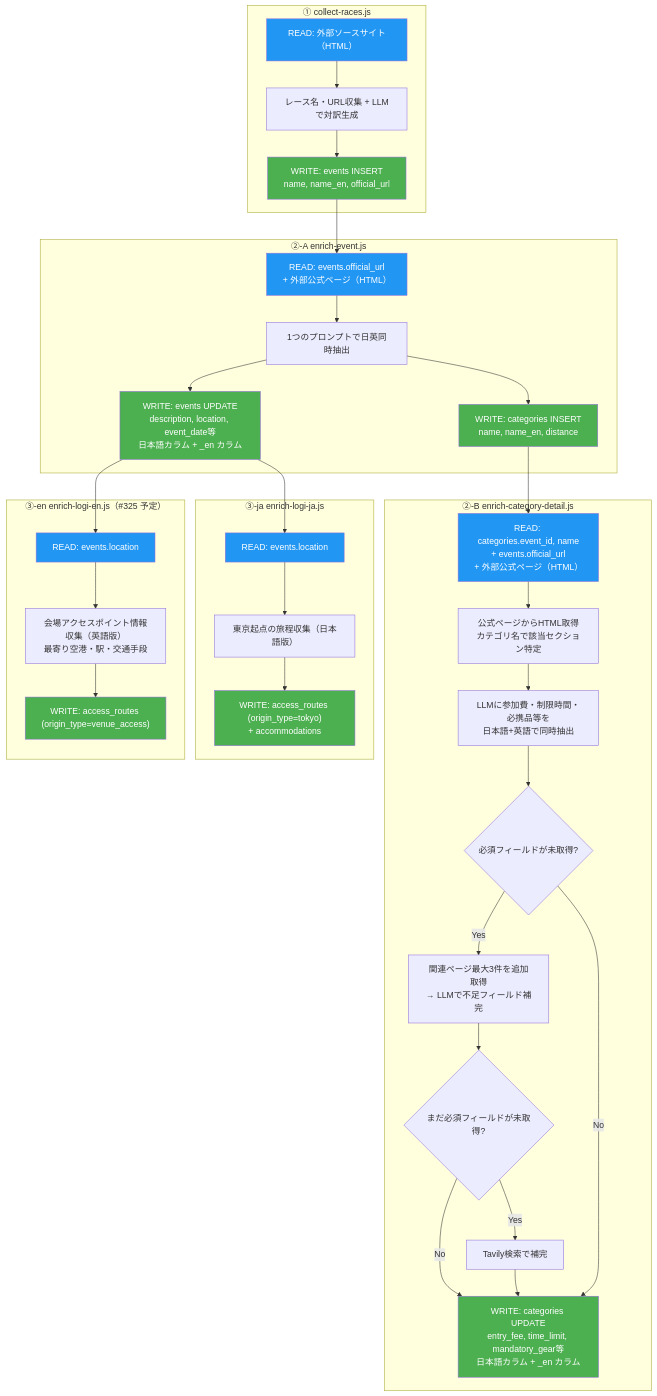
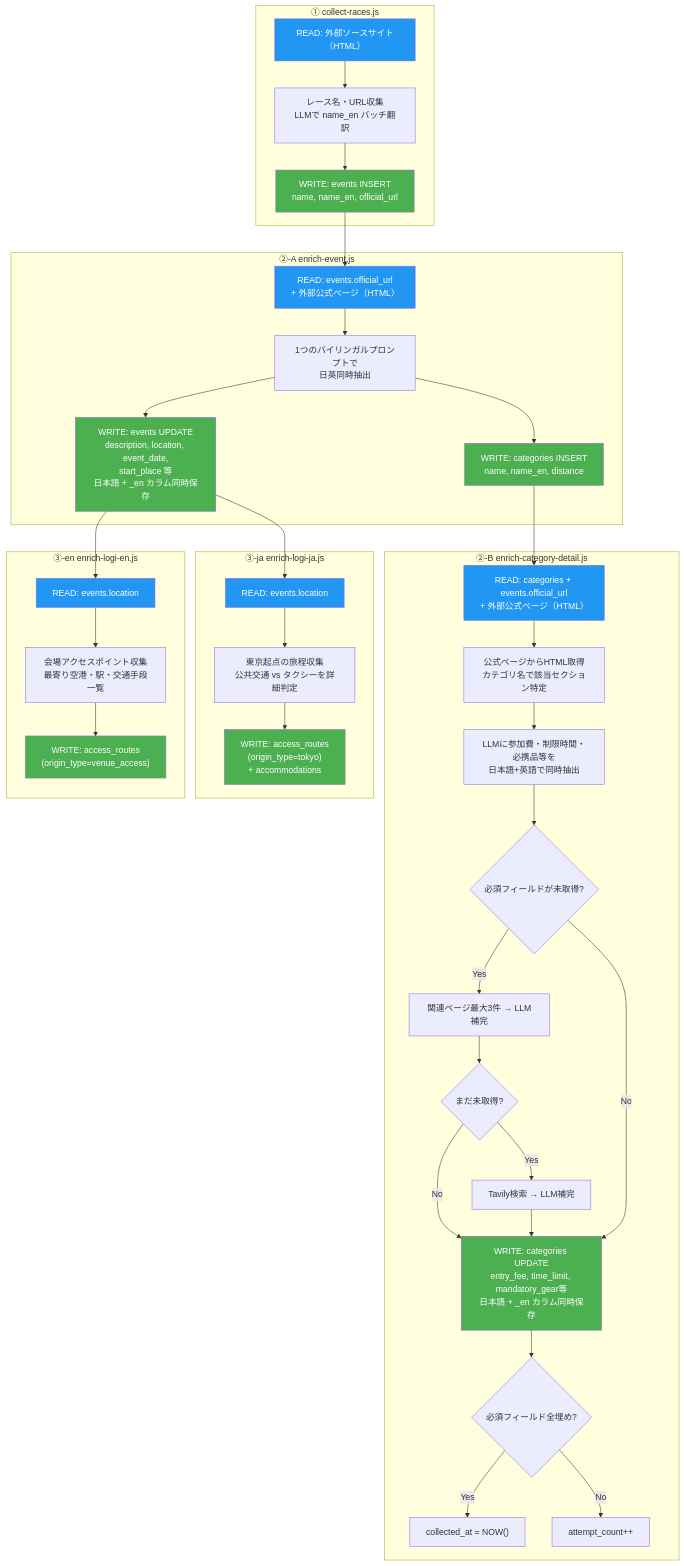
Before and after one commit to bokuno-studio/YabaiTravel: the first of 2 diagrams in docs/SPEC_BACKEND_FLOW.md, drawn with Mermaid. The commit also changed other lines of this file, not shown here.

````diff
--- a/docs/SPEC_BACKEND_FLOW.md
+++ b/docs/SPEC_BACKEND_FLOW.md
@@ -38,58 +36,61 @@
 ```mermaid
 flowchart TD
     subgraph Collect["① collect-races.js"]
         C0["READ: 外部ソースサイト（HTML）"]
-        C0 --> C1["レース名・URL収集 + LLMで対訳生成"]
+        C0 --> C1["レース名・URL収集<br>LLMで name_en バッチ翻訳"]
         C1 --> C2["WRITE: events INSERT<br>name, name_en, official_url"]
     end
 
     subgraph EnrichA["②-A enrich-event.js"]
         A0["READ: events.official_url<br>+ 外部公式ページ（HTML）"]
-        A0 --> A1["1つのプロンプトで日英同時抽出"]
-        A1 --> A2["WRITE: events UPDATE<br>description, location, event_date等<br>日本語カラム + _en カラム"]
+        A0 --> A1["1つのバイリンガルプロンプトで<br>日英同時抽出"]
+        A1 --> A2["WRITE: events UPDATE<br>description, location, event_date,<br>start_place 等<br>日本語 + _en カラム同時保存"]
         A1 --> A3["WRITE: categories INSERT<br>name, name_en, distance"]
     end
 
     subgraph EnrichB["②-B enrich-category-detail.js"]
-        B0["READ: categories.event_id, name<br>+ events.official_url<br>+ 外部公式ページ（HTML）"]
+        B0["READ: categories + events.official_url<br>+ 外部公式ページ（HTML）"]
         B0 --> B1["公式ページからHTML取得<br>カテゴリ名で該当セクション特定"]
         B1 --> B2["LLMに参加費・制限時間・必携品等を<br>日本語+英語で同時抽出"]
         B2 --> B4{"必須フィールドが未取得?"}
-        B4 -->|Yes| B5["関連ページ最大3件を追加取得<br>→ LLMで不足フィールド補完"]
-        B5 --> B6{"まだ必須フィールドが未取得?"}
-        B6 -->|Yes| B7["Tavily検索で補完"]
+        B4 -->|Yes| B5["関連ページ最大3件 → LLM補完"]
+        B5 --> B6{"まだ未取得?"}
+        B6 -->|Yes| B7["Tavily検索 → LLM補完"]
         B6 -->|No| B3
         B7 --> B3
         B4 -->|No| B3
-        B3["WRITE: categories UPDATE<br>entry_fee, time_limit, mandatory_gear等<br>日本語カラム + _en カラム"]
+        B3["WRITE: categories UPDATE<br>entry_fee, time_limit, mandatory_gear等<br>日本語 + _en カラム同時保存"]
+        B3 --> B8{"必須フィールド全埋め?"}
+        B8 -->|Yes| B9["collected_at = NOW()"]
+        B8 -->|No| B10["attempt_count++"]
     end
 
     subgraph LogiJa["③-ja enrich-logi-ja.js"]
         LJ0["READ: events.location"]
-        LJ0 --> LJ1["東京起点の旅程収集（日本語版）"]
-        LJ1 --> LJ2["WRITE: access_routes (origin_type=tokyo)<br>+ accommodations"]
+        LJ0 --> LJ1["東京起点の旅程収集<br>公共交通 vs タクシーを詳細判定"]
+        LJ1 --> LJ2["WRITE: access_routes<br>(origin_type=tokyo)<br>+ accommodations"]
     end
 
-    subgraph LogiEn["③-en enrich-logi-en.js（#325 予定）"]
+    subgraph LogiEn["③-en enrich-logi-en.js"]
         LE0["READ: events.location"]
-        LE0 --> LE1["会場アクセスポイント情報収集（英語版）<br>最寄り空港・駅・交通手段"]
-        LE1 --> LE2["WRITE: access_routes (origin_type=venue_access)"]
+        LE0 --> LE1["会場アクセスポイント収集<br>最寄り空港・駅・交通手段一覧"]
+        LE1 --> LE2["WRITE: access_routes<br>(origin_type=venue_access)"]
     end
 
     C2 --> A0
     A3 --> B0
     A2 --> LJ0
     A2 --> LE0
 
     style C0 fill:#2196F3,color:white
     style A0 fill:#2196F3,color:white
     style B0 fill:#2196F3,color:white
     style LJ0 fill:#2196F3,color:white
     style LE0 fill:#2196F3,color:white
     style C2 fill:#4CAF50,color:white
     style A2 fill:#4CAF50,color:white
     style A3 fill:#4CAF50,color:white
     style B3 fill:#4CAF50,color:white
     style LJ2 fill:#4CAF50,color:white
     style LE2 fill:#4CAF50,color:white
 ```
````
